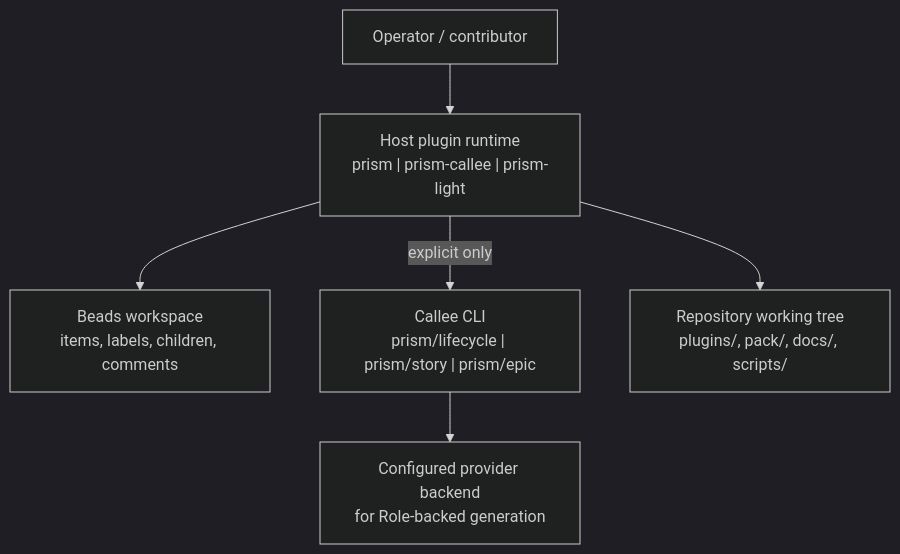
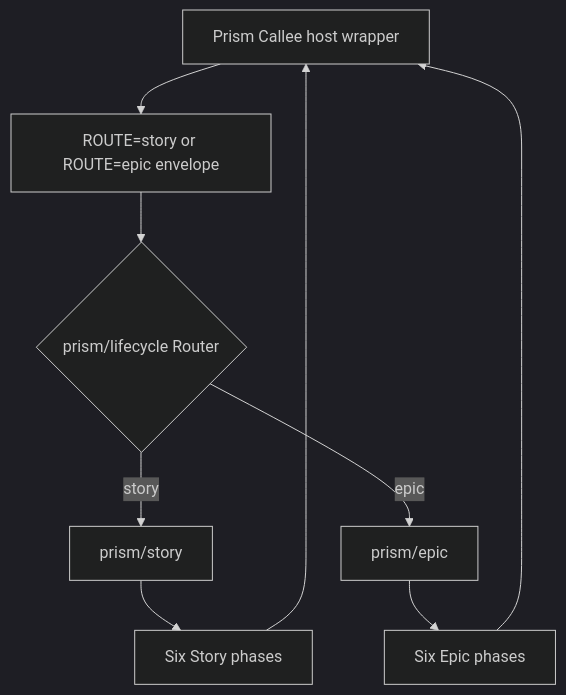
Before and after one commit to baldaworks/prism: the fifth of 5 diagrams in docs/architecture-spec.md, drawn with Mermaid (dark theme). The commit also changed other lines of this file and 16 other files, not shown here.

First line of the commit message:
fix(prism): prevent lifecycle documentation drift

````diff
--- a/docs/architecture-spec.md
+++ b/docs/architecture-spec.md
@@ -115,8 +143,11 @@
 ```mermaid
 flowchart TB
-    User["Operator / contributor"] --> Host["Host plugin runtime<br/>prism | prism-callee | prism-light"]
-    Host --> Beads["Beads workspace<br/>items, labels, children, comments"]
-    Host -->|explicit only| Callee["Callee CLI<br/>prism/lifecycle | prism/story | prism/epic"]
-    Callee --> Provider["Configured provider backend<br/>for Role-backed generation"]
-    Host --> Repo["Repository working tree<br/>plugins/, pack/, docs/, scripts/"]
+    H["Prism Callee host wrapper"] --> E["ROUTE=story or ROUTE=epic envelope"]
+    E --> R{"prism/lifecycle Router"}
+    R -->|story| S["prism/story"]
+    R -->|epic| P["prism/epic"]
+    S --> SR["Six Story phases"]
+    P --> ER["Six Epic phases"]
+    SR --> H
+    ER --> H
 ```
````
